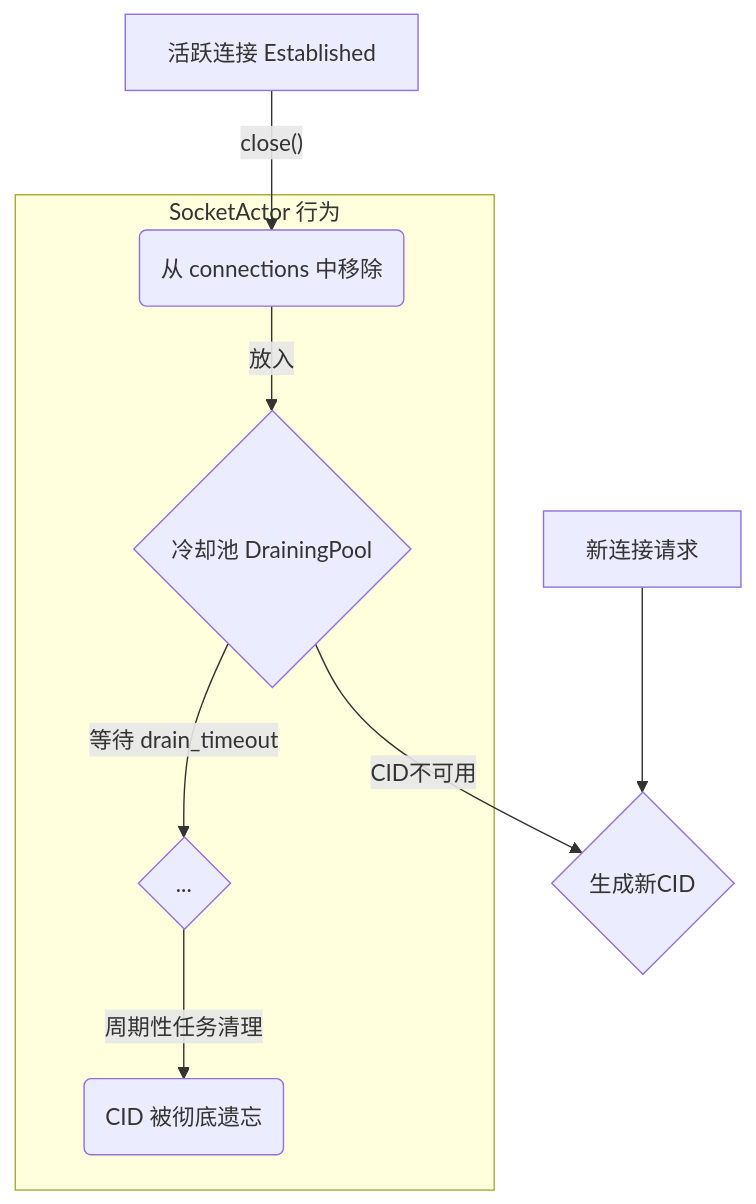
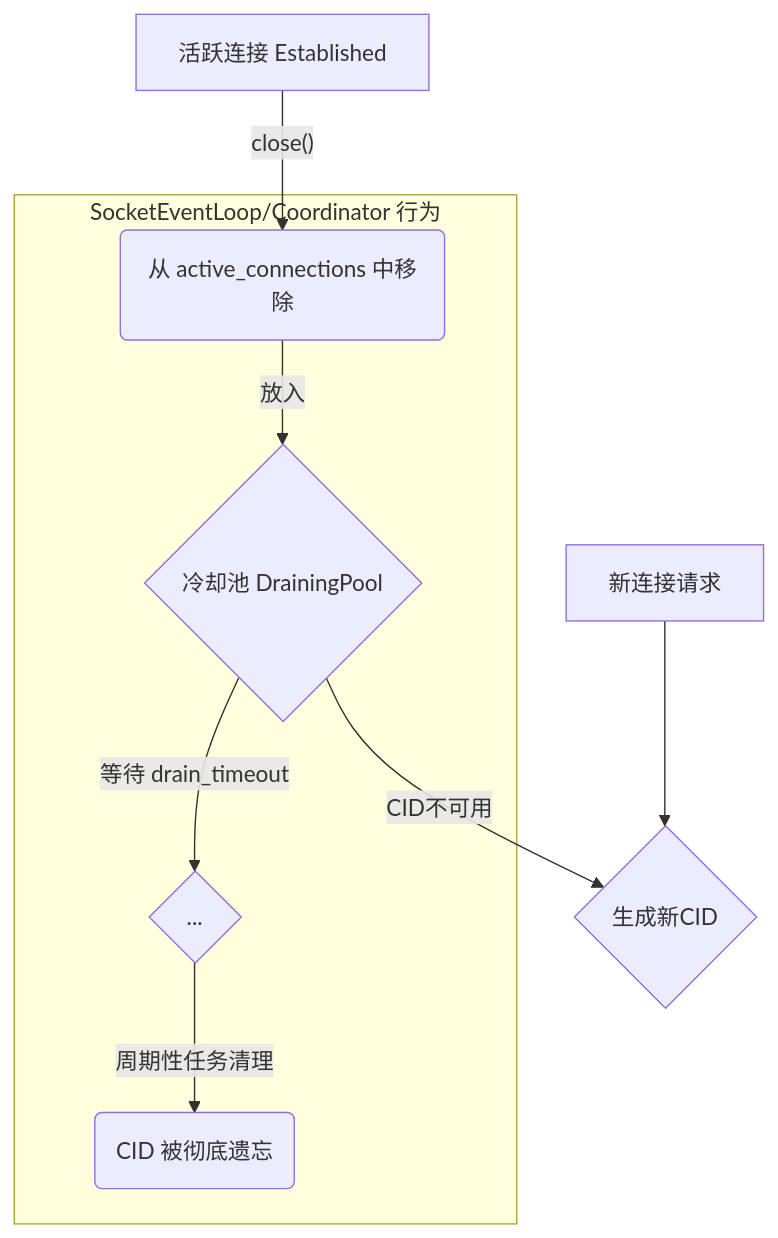
The second of 2 diagrams in docs/src/features/02-core-protocol/03-cid-handshake.md (ShaoG-R/kestrel-protocol), drawn with Mermaid before and after one commit. The commit also changed other lines of this file and 3 other files, not shown here.

````diff
--- a/docs/src/features/02-core-protocol/03-cid-handshake.md
+++ b/docs/src/features/02-core-protocol/03-cid-handshake.md
@@ -72,14 +72,14 @@
 ```mermaid
 graph TD
-    A[活跃连接 Established] -- "close()" --> B(从 connections 中移除);
+    A[活跃连接 Established] -- "close()" --> B(从 active_connections 中移除);
     B -- "放入" --> C{冷却池 DrainingPool};
     C -- "等待 drain_timeout" --> D{...};
     D -- "周期性任务清理" --> E(CID 被彻底遗忘);
 
-    subgraph "SocketActor 行为"
+    subgraph "SocketEventLoop/Coordinator 行为"
         B; C; D; E;
     end
 
     F[新连接请求] --> G{生成新CID};
     C -- "CID不可用" --> G;
 ```
````
